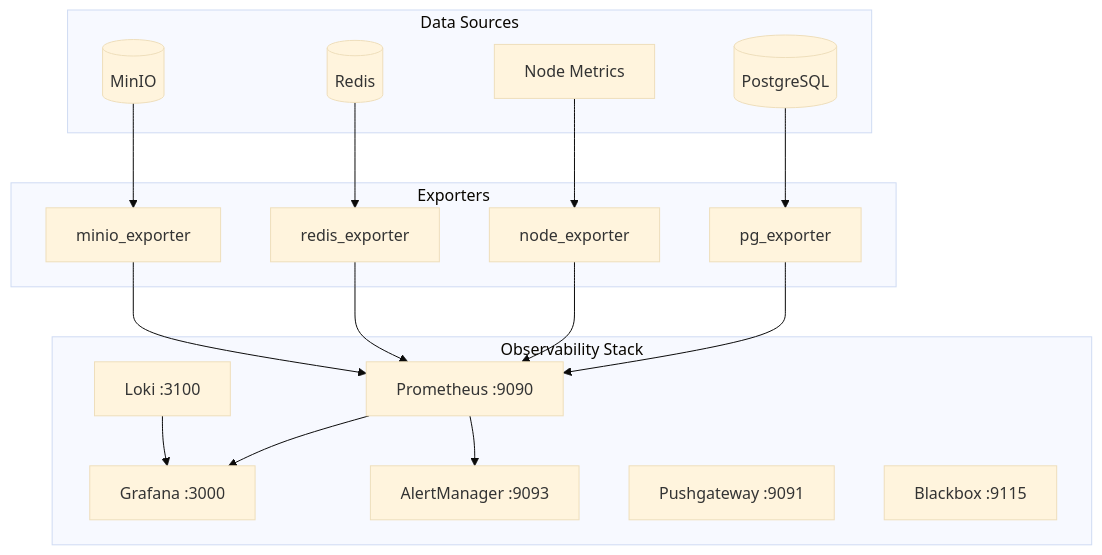
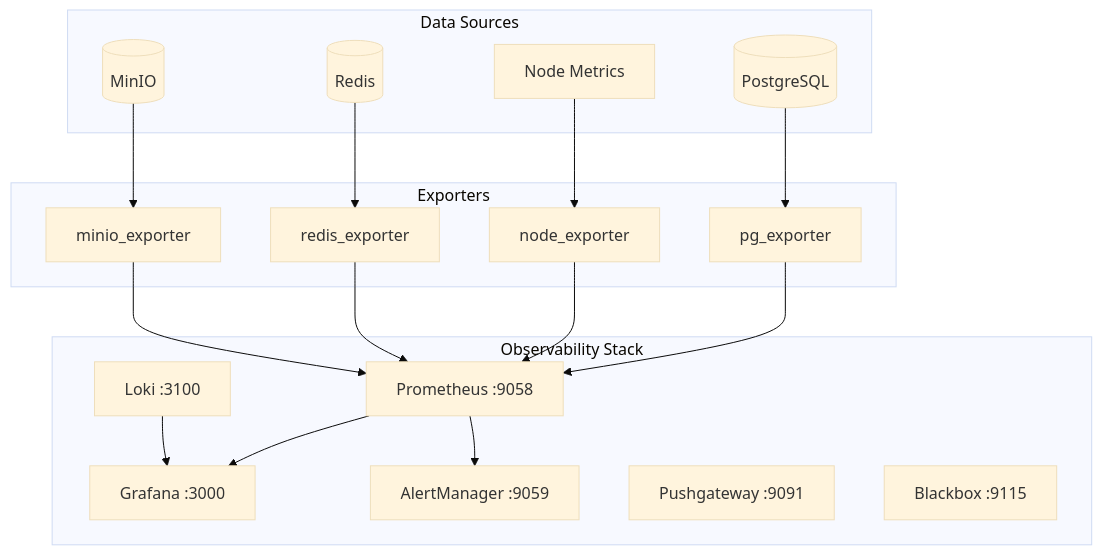
Before and after one commit to pgsty/docs: the diagram in content/feat/infra.mdx, drawn with Mermaid (base theme). The commit also changed 34 other files, not shown here.

````diff
--- a/content/feat/infra.mdx
+++ b/content/feat/infra.mdx
@@ -45,39 +45,39 @@
 ```mermaid
 graph TB
     subgraph "Observability Stack"
         Grafana[Grafana :3000]
-        Prometheus[Prometheus :9090]
+        Prometheus[Prometheus :9058]
         Loki[Loki :3100]
-        AlertManager[AlertManager :9093]
+        AlertManager[AlertManager :9059]
         Pushgateway[Pushgateway :9091]
         Blackbox[Blackbox :9115]
     end
     
     subgraph "Data Sources"
         PG[(PostgreSQL)]
         Node[Node Metrics]
         Redis[(Redis)]
         MinIO[(MinIO)]
     end
     
     subgraph "Exporters"
         PGExp[pg_exporter]
         NodeExp[node_exporter]
         RedisExp[redis_exporter]
         MinIOExp[minio_exporter]
     end
     
     PG --> PGExp
     Node --> NodeExp
     Redis --> RedisExp
     MinIO --> MinIOExp
     
     PGExp --> Prometheus
     NodeExp --> Prometheus
     RedisExp --> Prometheus
     MinIOExp --> Prometheus
     
     Prometheus --> Grafana
     Prometheus --> AlertManager
     Loki --> Grafana
 ```
````
